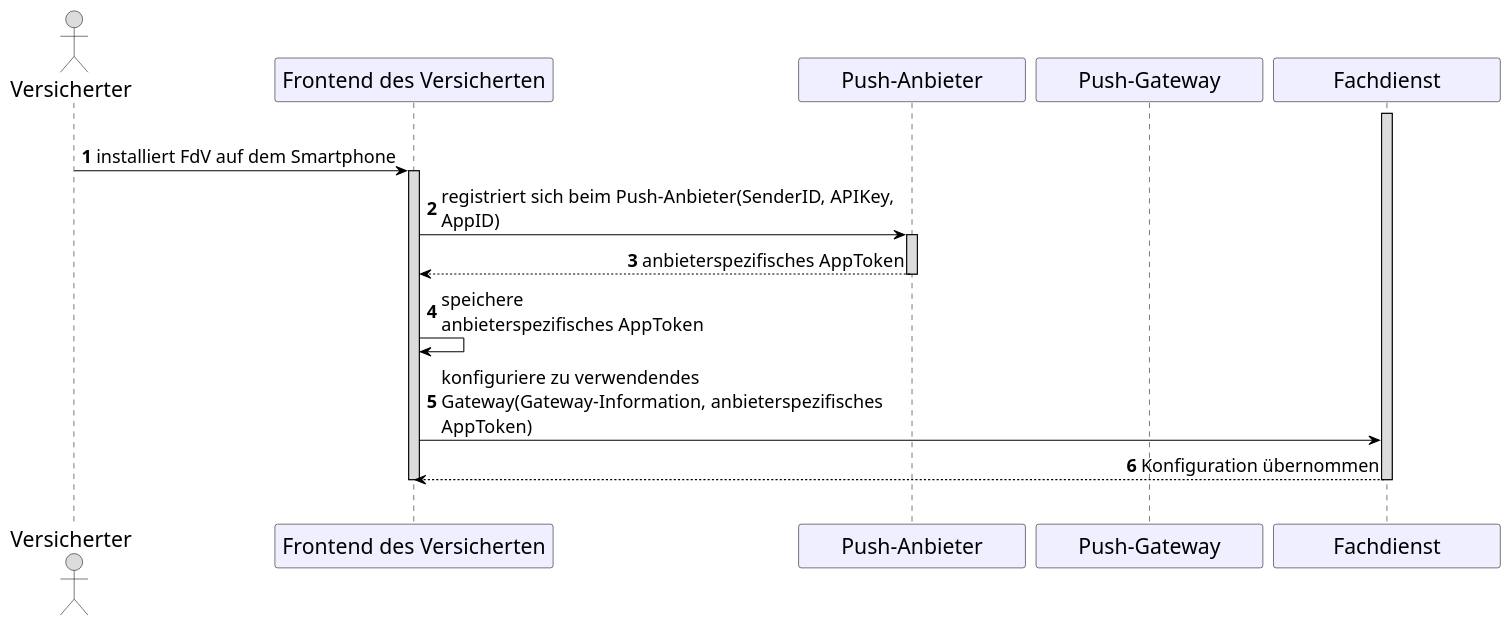
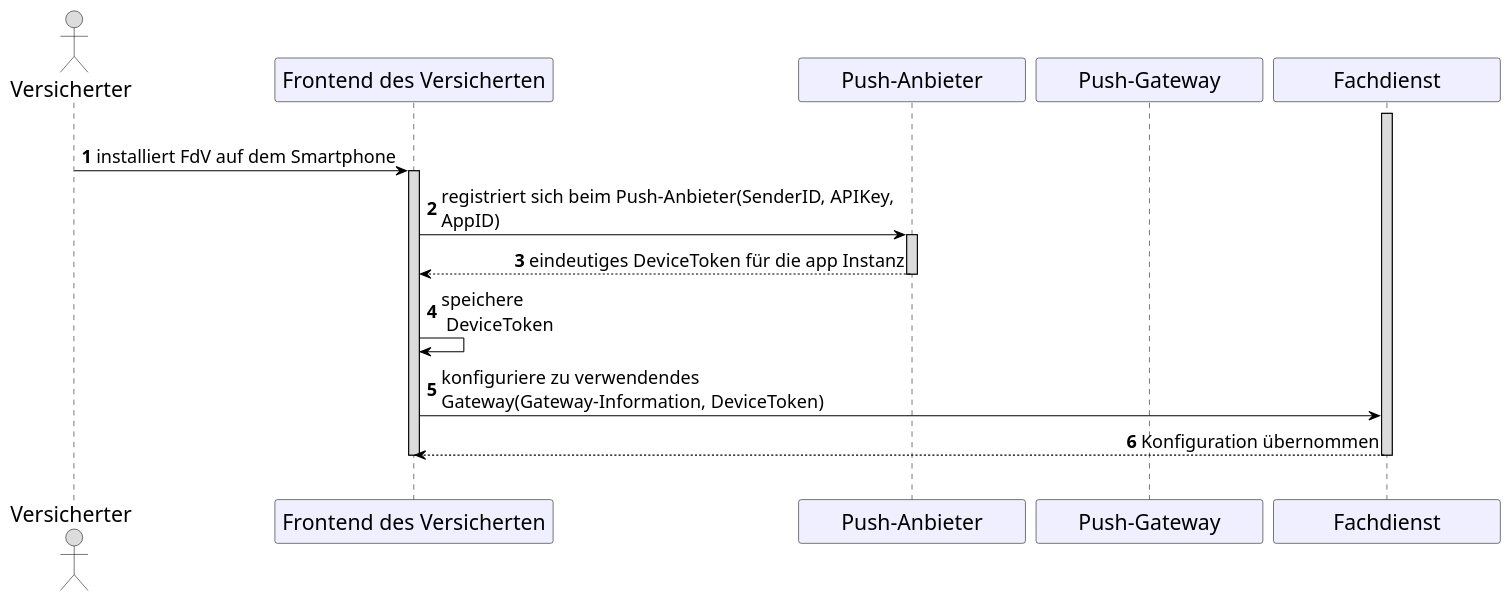
One commit to gematik/api-ti-messenger changed the diagram in src/plantuml/TI-M_ePA/push_notifications_fdv_registration.puml. Above: the diagram before and after it, drawn with PlantUML. The commit also changed 2 other files, not shown here.

```diff
--- a/src/plantuml/TI-M_ePA/push_notifications_fdv_registration.puml
+++ b/src/plantuml/TI-M_ePA/push_notifications_fdv_registration.puml
@@ -1,52 +1,52 @@
 @startuml
 skinparam sequenceMessageAlign direction
 skinparam minClassWidth 200
 skinparam BoxPadding 1
 skinparam sequenceReferenceHeaderBackgroundColor palegreen
 scale max 2048 width
 skinparam maxMessageSize 450
 
 skinparam sequence {
 ArrowColor black
 ArrowFontSize 17
 ActorBorderColor black
 LifeLineBorderColor black
 LifeLineBackgroundColor Gainsboro
 
 ParticipantBorderColor Motivation
 ParticipantBackgroundColor Motivation
 ParticipantFontSize 20
 ParticipantFontColor black
 ParticipantBorderColor Black
 ParticipantBackgroundColor MOTIVATION
 
 ActorBackgroundColor Gainsboro
 ActorFontColor black
 ActorFontSize 20
 }
 autonumber
     
 actor v as "Versicherter"
 participant fdv as "Frontend des Versicherten"
 'box <size:18>Messenger-Service\n#WhiteSmoke
 participant pa as "Push-Anbieter"
 participant pg as "Push-Gateway"
 participant fd as "Fachdienst"
 'end box
 
 |||
   activate fd
   v->fdv: installiert FdV auf dem Smartphone
   activate fdv
   fdv->pa: registriert sich beim Push-Anbieter(SenderID, APIKey, AppID)
   activate pa
-  pa-->fdv: anbieterspezifisches AppToken
+  pa-->fdv: eindeutiges DeviceToken für die app Instanz
   deactivate pa
-  fdv->fdv: speichere \nanbieterspezifisches AppToken
-  fdv->fd: konfiguriere zu verwendendes Gateway(Gateway-Information, anbieterspezifisches AppToken)
+  fdv->fdv: speichere \n DeviceToken
+  fdv->fd: konfiguriere zu verwendendes Gateway(Gateway-Information, DeviceToken)
   fd-->fdv: Konfiguration übernommen
 |||
 
   deactivate fd
   deactivate fdv
 @enduml
```
